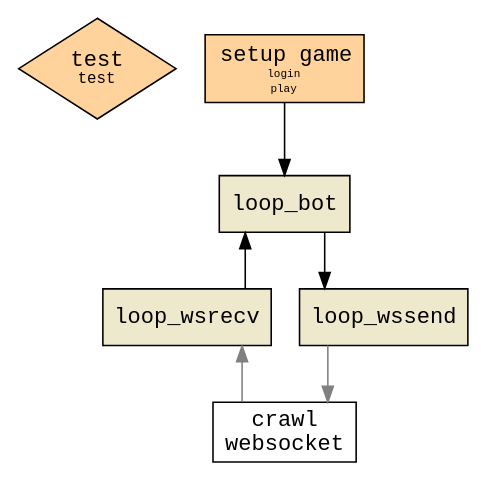
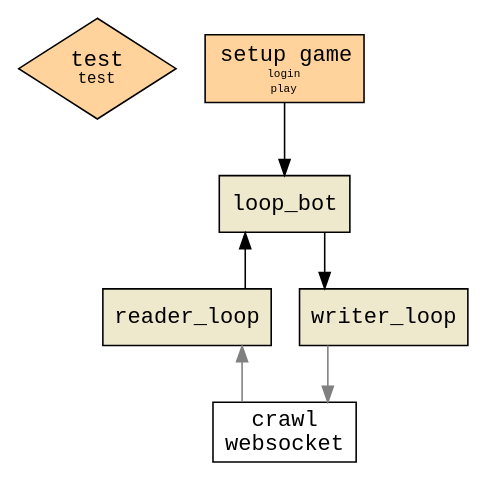
Before and after one commit to golmman/crawlbot: the diagram in ai_flow.gv, drawn with Graphviz. The commit also changed 6 other files, not shown here.

```diff
--- a/ai_flow.gv
+++ b/ai_flow.gv
@@ -1,29 +1,29 @@
 digraph architecture {
     graph [fontname=monospace, splines=ortho];
     node [fontname=monospace, shape=box];
     edge [fontname=monospace];
 
     test [fillcolor=burlywood1, style=filled, shape=diamond, label=
     <test<br/><font point-size="10">test</font>>]
 
     setup_game [fillcolor=burlywood1, style=filled, label=
     <<table border="0" cellpadding="0" cellspacing="1">
         <tr><td>setup game</td></tr>
         <tr><td><font point-size="7">login</font></td></tr>
         <tr><td><font point-size="7">play</font></td></tr>
     </table>>]
 
 
-    loop_wsrecv [fillcolor=cornsilk2, style=filled]
+    reader_loop [fillcolor=cornsilk2, style=filled]
     loop_bot [fillcolor=cornsilk2, style=filled]
-    loop_wssend [fillcolor=cornsilk2, style=filled]
+    writer_loop [fillcolor=cornsilk2, style=filled]
 
     setup_game -> loop_bot;
-    loop_wsrecv -> loop_bot;
-    loop_bot -> loop_wssend;
+    reader_loop -> loop_bot;
+    loop_bot -> writer_loop;
 
-    "crawl\nwebsocket" -> loop_wsrecv [color=gray]
-    loop_wssend -> "crawl\nwebsocket" [color=gray]
+    "crawl\nwebsocket" -> reader_loop [color=gray]
+    writer_loop -> "crawl\nwebsocket" [color=gray]
 
-    { rank=same; loop_wsrecv loop_wssend }
+    { rank=same; reader_loop writer_loop }
 }
```
